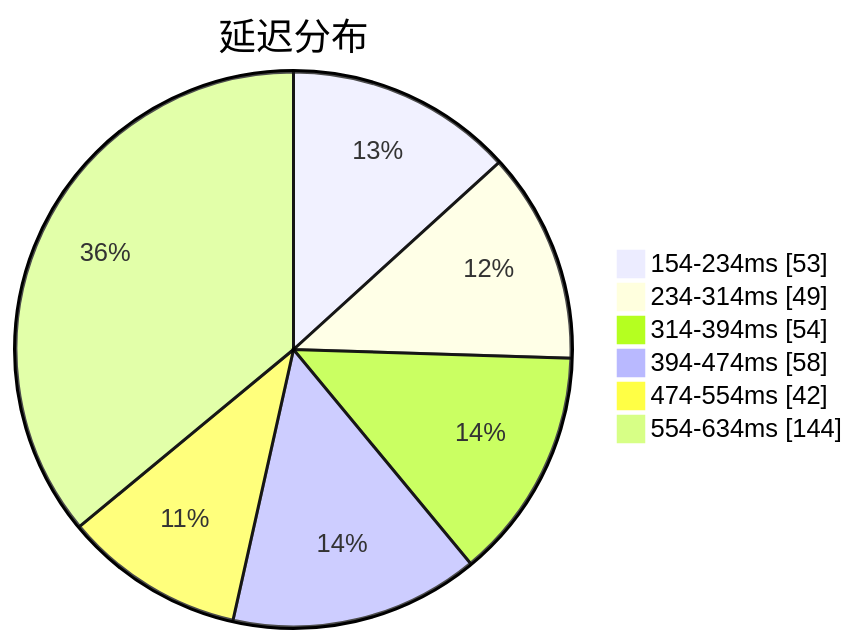
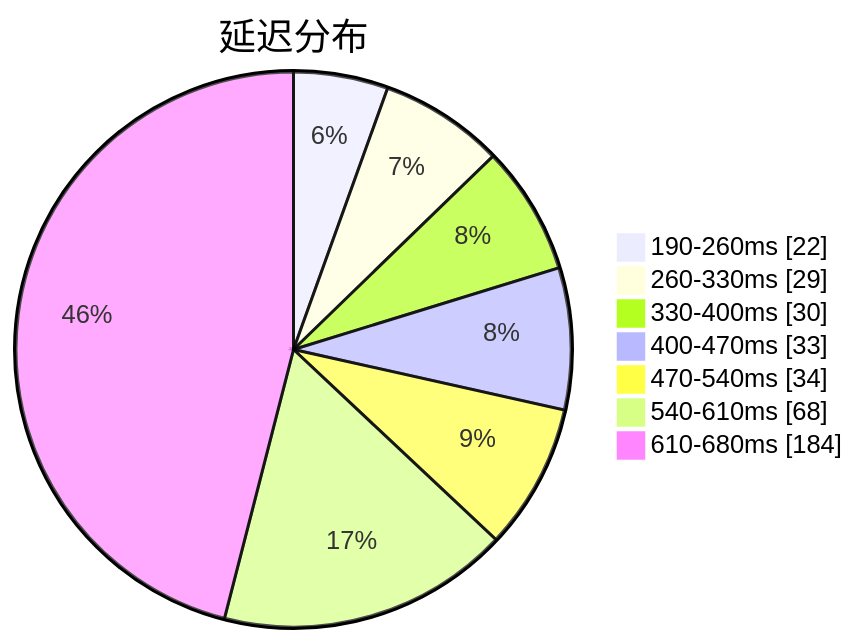
One commit to qjlxg/airport changed the first of 3 diagrams in subs/statistics/tested_within.md. Above: the diagram before and after it, drawn with Mermaid. The commit also changed other lines of this file and 2 other files, not shown here.

````diff
--- a/subs/statistics/tested_within.md
+++ b/subs/statistics/tested_within.md
@@ -2,10 +2,11 @@
 ```mermaid
 pie showData
 title 延迟分布
-"154-234ms" : 53
-"234-314ms" : 49
-"314-394ms" : 54
-"394-474ms" : 58
-"474-554ms" : 42
-"554-634ms" : 144
+"190-260ms" : 22
+"260-330ms" : 29
+"330-400ms" : 30
+"400-470ms" : 33
+"470-540ms" : 34
+"540-610ms" : 68
+"610-680ms" : 184
 ```
````
